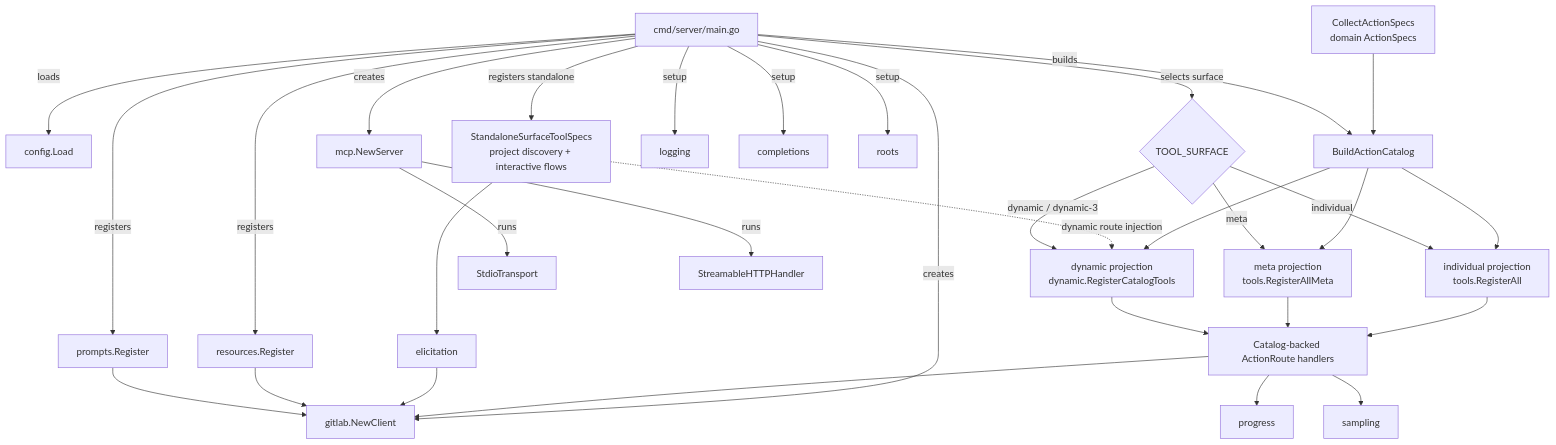
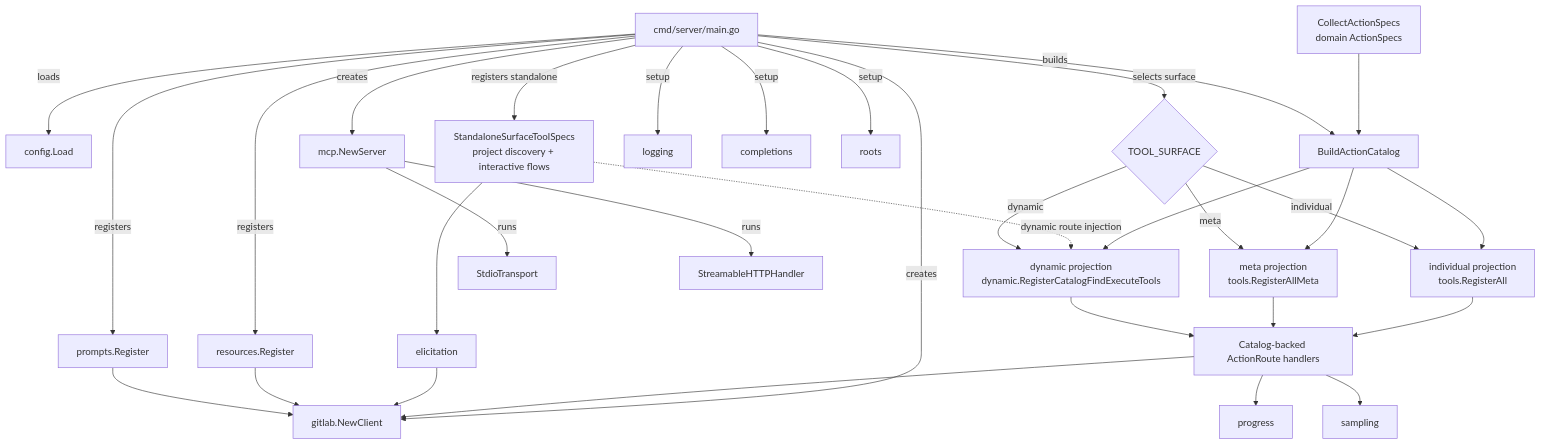
The first of 2 diagrams in docs/development/development.md (jmrplens/gitlab-mcp-server), drawn with Mermaid before and after one commit. The commit also changed other lines of this file and 179 other files, not shown here.

First line of the commit message:
feat: make dynamic surface default for 2.0.0-RC1

````diff
--- a/docs/development/development.md
+++ b/docs/development/development.md
@@ -66,34 +66,34 @@
 ```mermaid
 graph TD
     MAIN[cmd/server/main.go] -->|loads| CFG[config.Load]
     MAIN -->|creates| GL[gitlab.NewClient]
     MAIN -->|creates| SRV[mcp.NewServer]
     MAIN -->|selects surface| SURFACE{TOOL_SURFACE}
     SPECS[CollectActionSpecs<br/>domain ActionSpecs] --> CATALOG[BuildActionCatalog]
     MAIN -->|builds| CATALOG
     CATALOG --> IND[individual projection<br/>tools.RegisterAll]
     CATALOG --> META[meta projection<br/>tools.RegisterAllMeta]
-    CATALOG --> DYN[dynamic projection<br/>dynamic.RegisterCatalogTools]
+    CATALOG --> DYN[dynamic projection<br/>dynamic.RegisterCatalogFindExecuteTools]
     STANDALONE[StandaloneSurfaceToolSpecs<br/>project discovery + interactive flows] -.->|dynamic route injection| DYN
     SURFACE -->|individual| IND
     SURFACE -->|meta| META
-    SURFACE -->|dynamic / dynamic-3| DYN
+    SURFACE -->|dynamic| DYN
     IND --> PROJECTION[Catalog-backed ActionRoute handlers]
     META --> PROJECTION
     DYN --> PROJECTION
     MAIN -->|registers standalone| STANDALONE
     MAIN -->|registers| RES[resources.Register]
     MAIN -->|registers| PROMPTS[prompts.Register]
     MAIN -->|setup| LOG[logging]
     MAIN -->|setup| COMP[completions]
     MAIN -->|setup| ROOTS[roots]
     SRV -->|runs| STDIO[StdioTransport]
     SRV -->|runs| HTTP[StreamableHTTPHandler]
     PROJECTION --> GL
     PROJECTION --> PROG[progress]
     PROJECTION --> SAMP[sampling]
     STANDALONE --> ELIC[elicitation]
     ELIC --> GL
     RES --> GL
     PROMPTS --> GL
 ```
````
